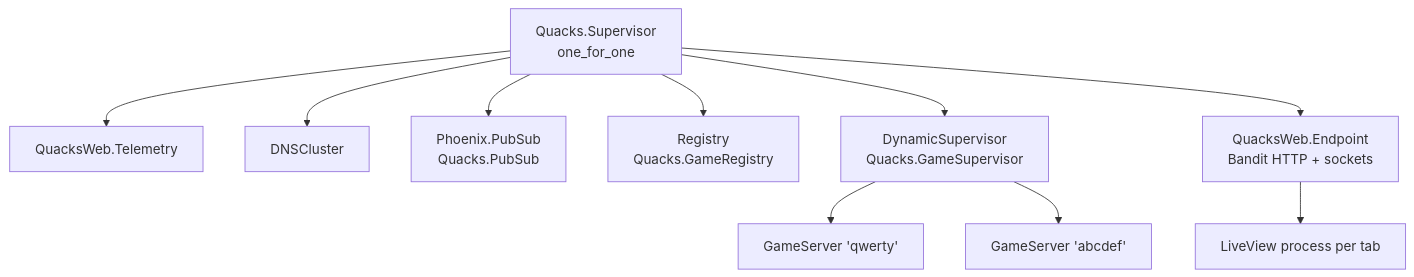
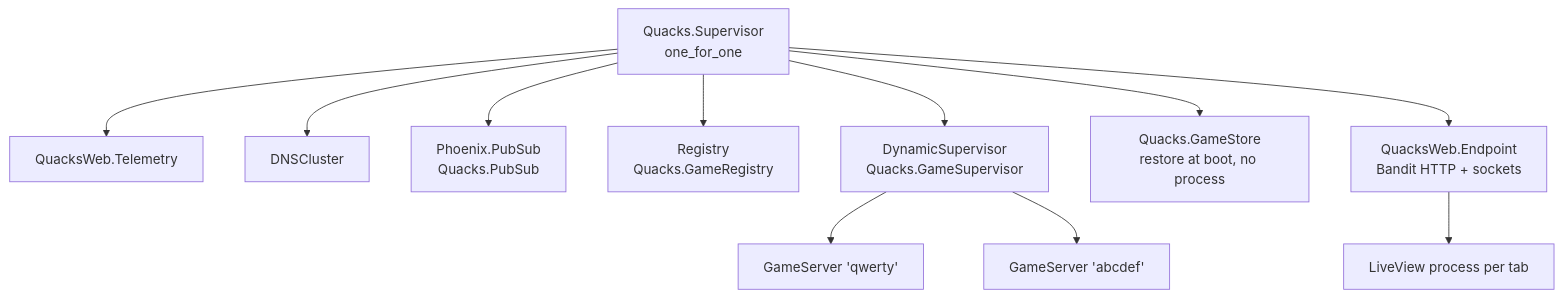
One commit to xylophonehero/quacks-elixir changed the diagram in docs/guide/01-repo-and-otp.md. Above: the diagram before and after it, drawn with Mermaid. The commit also changed other lines of this file and 2 other files, not shown here.

First line of the commit message:
docs: games on disk (guide ch. 1 and 4, game file in CONTEXT)

````diff
--- a/docs/guide/01-repo-and-otp.md
+++ b/docs/guide/01-repo-and-otp.md
@@ -87,13 +87,14 @@
 ```mermaid
 flowchart TD
   sup["Quacks.Supervisor<br/>one_for_one"]
   sup --> tel[QuacksWeb.Telemetry]
   sup --> dns[DNSCluster]
   sup --> pubsub[Phoenix.PubSub<br/>Quacks.PubSub]
   sup --> reg[Registry<br/>Quacks.GameRegistry]
   sup --> dyn[DynamicSupervisor<br/>Quacks.GameSupervisor]
+  sup --> store[Quacks.GameStore<br/>restore at boot, no process]
   sup --> ep[QuacksWeb.Endpoint<br/>Bandit HTTP + sockets]
   dyn --> g1[GameServer 'qwerty']
   dyn --> g2[GameServer 'abcdef']
   ep --> lv1[LiveView process per tab]
 ```
````
